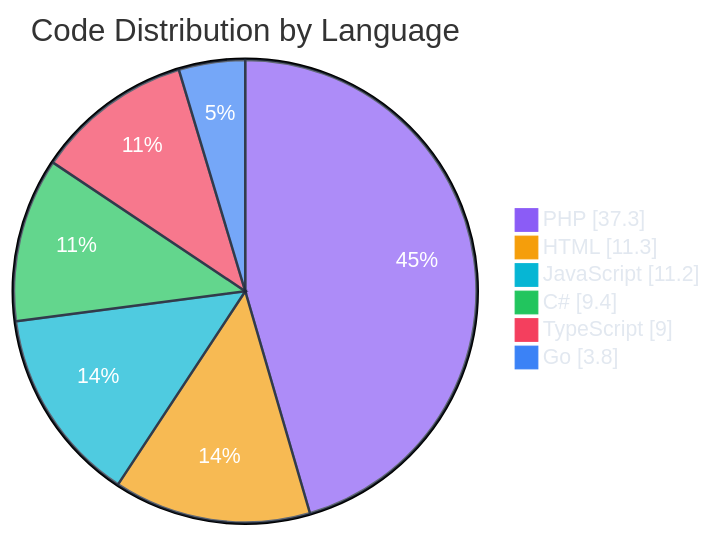
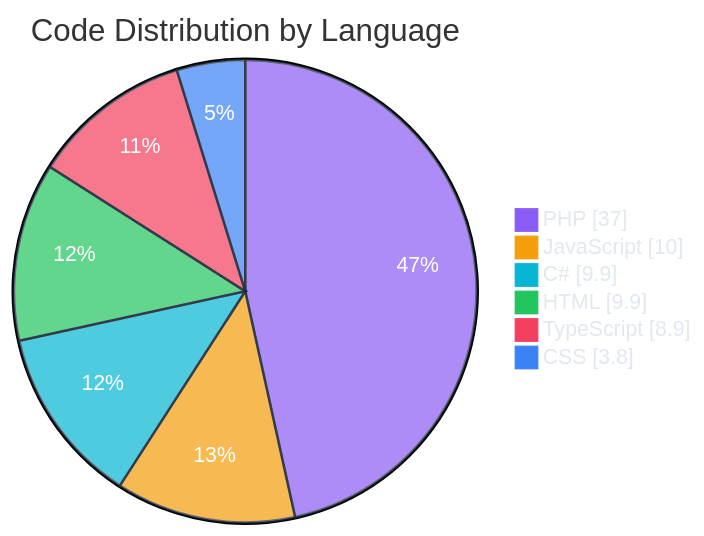
Before and after one commit to polo-nyan/polo-nyan: the second of 4 diagrams in README.md, drawn with Mermaid. The commit also changed other lines of this file and 1 other file, not shown here.

````diff
--- a/README.md
+++ b/README.md
@@ -182,11 +182,11 @@
 ```mermaid
 %%{init: {"theme": "base", "themeVariables": { "pie1": "#8b5cf6", "pie2": "#f59e0b", "pie3": "#06b6d4", "pie4": "#22c55e", "pie5": "#f43f5e", "pie6": "#3b82f6", "pie7": "#ec4899", "pieTextColor": "#ffffff", "pieLegendTextColor": "#e2e8f0", "pieSectionTextColor": "#ffffff", "pieStrokeColor": "#1e293b" }}}%%
 pie showData
     title Code Distribution by Language
-    "PHP" : 37.3
-    "HTML" : 11.3
-    "JavaScript" : 11.2
-    "C#" : 9.4
-    "TypeScript" : 9.0
-    "Go" : 3.8
+    "PHP" : 37.0
+    "JavaScript" : 10.0
+    "C#" : 9.9
+    "HTML" : 9.9
+    "TypeScript" : 8.9
+    "CSS" : 3.8
 ```
````
